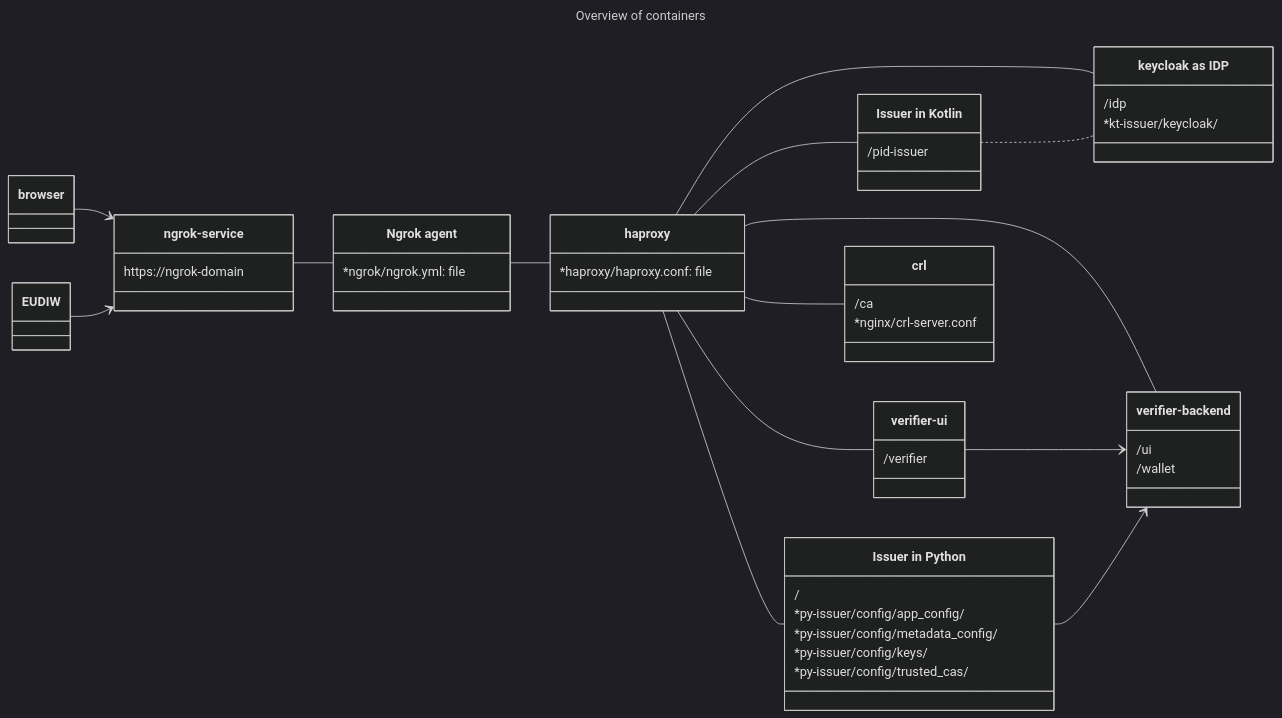
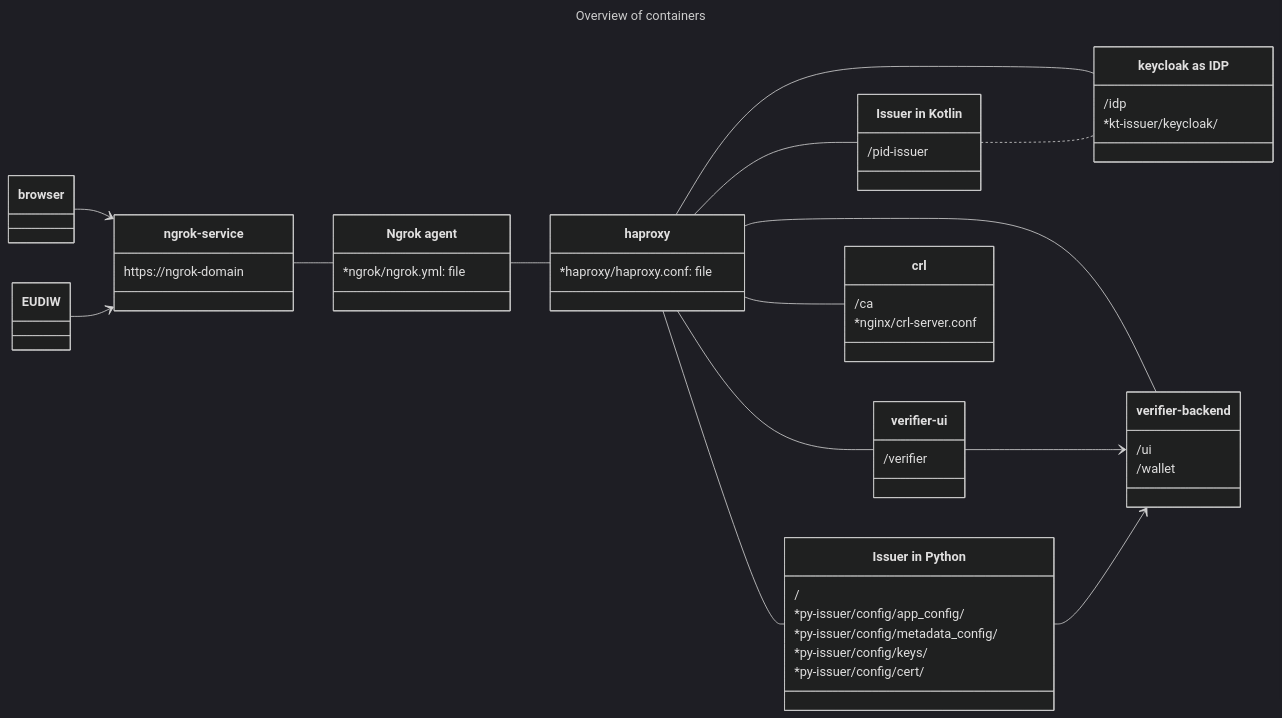
The diagram in README.md (potential-nl-blsp/eudi-poc-nl), drawn with Mermaid (dark theme) before and after one commit. The commit also changed other lines of this file and 22 other files, not shown here.

````diff
--- a/README.md
+++ b/README.md
@@ -15,68 +29,68 @@
 ```mermaid
 ---
 title: Overview of containers
 ---
 classDiagram
     direction LR
 
     class browser { }
 
     class EUDIW { }
     
     class ngrok-service { 
         https://ngrok-domain
     }
 
     class ngrok["Ngrok agent"] {  
         *ngrok/ngrok.yml: file
     }
 
     class haproxy { 
         *haproxy/haproxy.conf: file
     }
     
     class verifier-ui { 
         /verifier
     }
  
     class verifier-backend {
         /ui
         /wallet
     }
     
     class py-issuer["Issuer in Python"] { 
         /
         *py-issuer/config/app_config/
         *py-issuer/config/metadata_config/
         *py-issuer/config/keys/
-        *py-issuer/config/trusted_cas/
+        *py-issuer/config/cert/
     }
     
     class pid-issuer["Issuer in Kotlin"] {
         /pid-issuer
     }
 
     class keycloak["keycloak as IDP"] {
         /idp
         *kt-issuer/keycloak/
     } 
 
     class crl {
         /ca
         *nginx/crl-server.conf
     }
 
     browser --> ngrok-service
     EUDIW --> ngrok-service
     ngrok-service -- ngrok
     ngrok -- haproxy
     haproxy -- pid-issuer
     haproxy -- keycloak
     pid-issuer .. keycloak
     haproxy -- py-issuer
     haproxy -- crl
     haproxy -- verifier-ui
     haproxy -- verifier-backend
     verifier-ui --> verifier-backend
     py-issuer --> verifier-backend
 ```
````
